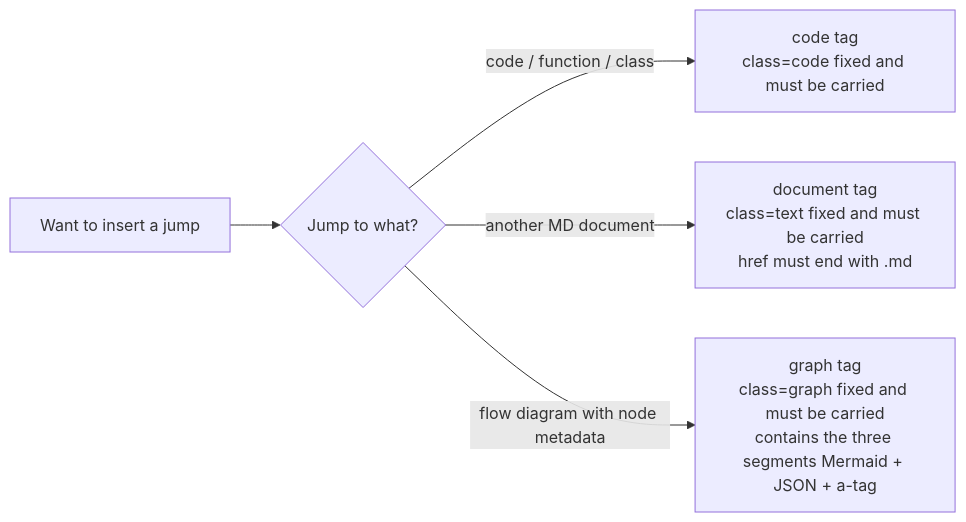
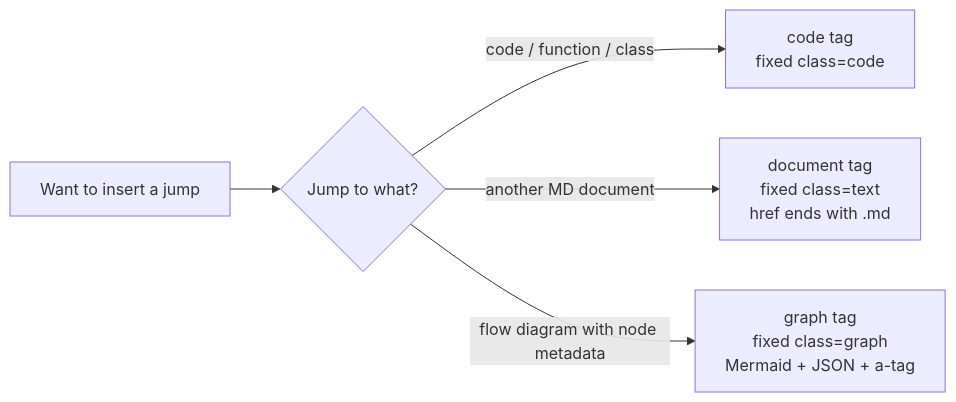
The third of 3 diagrams in fibo-conventions/references/conventions/markdown.md (Alenkz12/FiboSkills), drawn with Mermaid before and after one commit. The commit also changed other lines of this file and 96 other files, not shown here.

````diff
--- a/fibo-conventions/references/conventions/markdown.md
+++ b/fibo-conventions/references/conventions/markdown.md
@@ -376,7 +410,7 @@
 ```mermaid
 flowchart LR
-  A[Want to insert a jump] --> B{Jump to what?}
-  B -->|code / function / class| C[code tag<br/>class=code fixed and must be carried]
-  B -->|another MD document| D[document tag<br/>class=text fixed and must be carried<br/>href must end with .md]
-  B -->|flow diagram with node metadata| E[graph tag<br/>class=graph fixed and must be carried<br/>contains the three segments Mermaid + JSON + a-tag]
+  jump_request_001["Want to insert a jump"] --> target_type_002{"Jump to what?"}
+  target_type_002 -->|code / function / class| code_tag_003["code tag<br/>fixed class=code"]
+  target_type_002 -->|another MD document| document_tag_004["document tag<br/>fixed class=text<br/>href ends with .md"]
+  target_type_002 -->|flow diagram with node metadata| graph_tag_005["graph tag<br/>fixed class=graph<br/>Mermaid + JSON + a-tag"]
 ```
````
